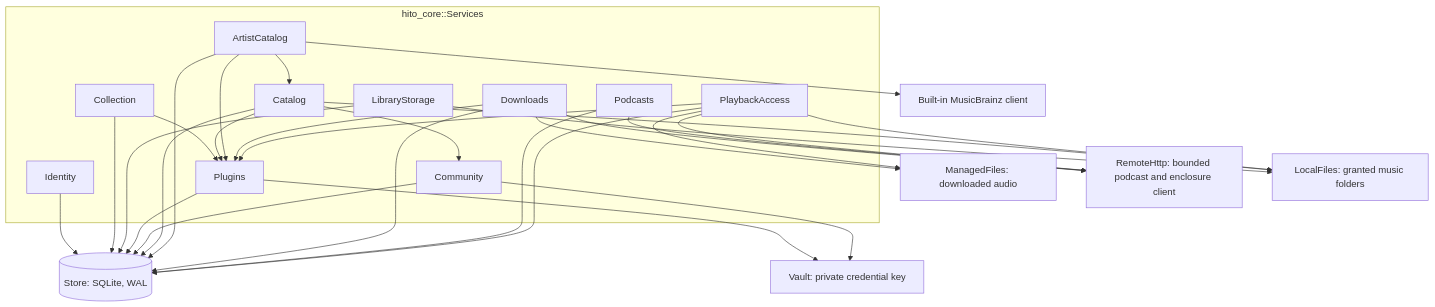
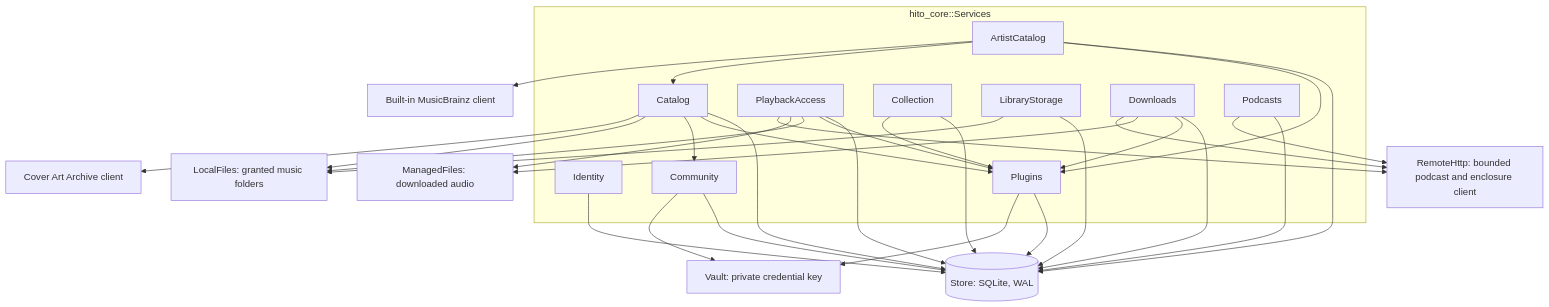
Before and after one commit to acidiney/hitoapp: the sixth of 11 diagrams in docs/architecture.md, drawn with Mermaid. The commit also changed other lines of this file, not shown here.

Commit message:
Update the architecture diagrams for testkit, cover art and add the background workers diagram

````diff
--- a/docs/architecture.md
+++ b/docs/architecture.md
@@ -209,49 +265,51 @@
 ```mermaid
 flowchart TB
   subgraph Services[hito_core::Services]
     Identity
     Catalog
     ArtistCatalog
     PlaybackAccess
     Collection
     Community
     LibraryStorage
     Plugins
     Downloads
     Podcasts
   end
   Store[(Store: SQLite, WAL)]
   Vault[Vault: private credential key]
   Managed[ManagedFiles: downloaded audio]
   Remote[RemoteHttp: bounded podcast and enclosure client]
   Local[LocalFiles: granted music folders]
   Builtin[Built-in MusicBrainz client]
+  CoverArt[Cover Art Archive client]
   Identity --> Store
   Collection --> Store
   Collection --> Plugins
   LibraryStorage --> Store
   LibraryStorage --> Local
   Plugins --> Store
   Plugins --> Vault
   Community --> Store
   Community --> Vault
   Catalog --> Store
   Catalog --> Plugins
   Catalog --> Community
   Catalog --> Local
+  Catalog --> CoverArt
   ArtistCatalog --> Store
   ArtistCatalog --> Plugins
   ArtistCatalog --> Catalog
   ArtistCatalog --> Builtin
   Downloads --> Store
   Downloads --> Plugins
   Downloads --> Managed
   Downloads --> Remote
   Podcasts --> Store
   Podcasts --> Remote
   PlaybackAccess --> Store
   PlaybackAccess --> Plugins
   PlaybackAccess --> Local
   PlaybackAccess --> Managed
   PlaybackAccess --> Remote
 ```
````
